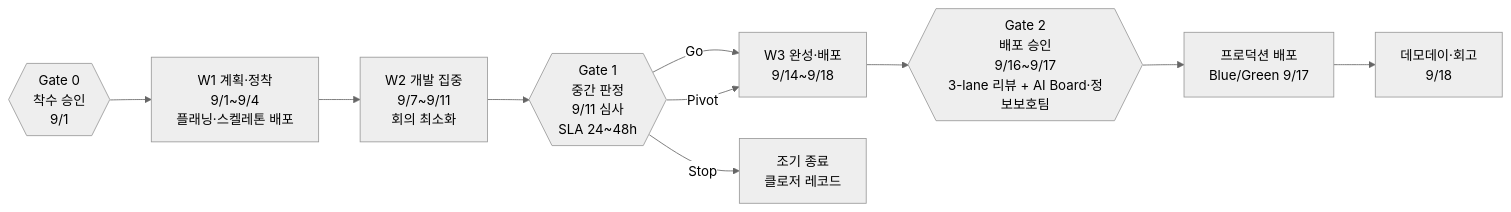
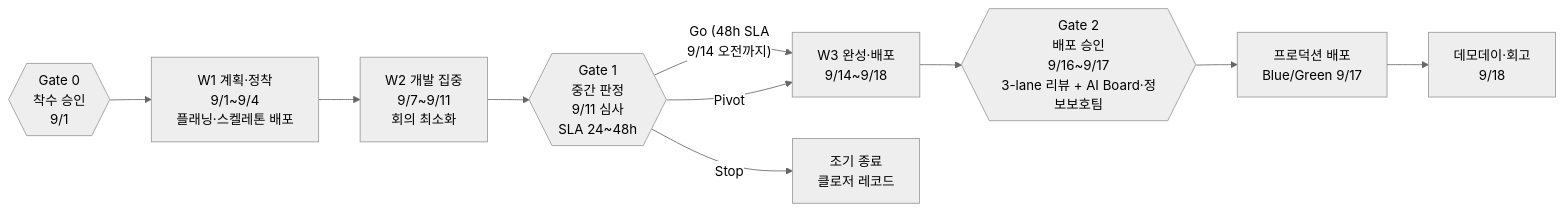
The first of 2 diagrams in fab/AIFAB_3주_스프린트_운영시간표_실무_v1-0.md (JaewooShin80/AIFAB-PMO), drawn with Mermaid (neutral theme) before and after one commit. The commit also changed other lines of this file and 18 other files, not shown here.

````diff
--- a/fab/AIFAB_3주_스프린트_운영시간표_실무_v1-0.md
+++ b/fab/AIFAB_3주_스프린트_운영시간표_실무_v1-0.md
@@ -11,12 +11,12 @@
 ```mermaid
 flowchart LR
     G0{{"Gate 0<br/>착수 승인<br/>9/1"}} --> W1["W1 계획·정착<br/>9/1~9/4<br/>플래닝·스켈레톤 배포"]
     W1 --> W2["W2 개발 집중<br/>9/7~9/11<br/>회의 최소화"]
     W2 --> G1{{"Gate 1<br/>중간 판정<br/>9/11 심사<br/>SLA 24~48h"}}
-    G1 -->|Go| W3["W3 완성·배포<br/>9/14~9/18"]
+    G1 -->|"Go (48h SLA<br/>9/14 오전까지)"| W3["W3 완성·배포<br/>9/14~9/18"]
     G1 -->|Pivot| W3
     G1 -->|Stop| X["조기 종료<br/>클로저 레코드"]
     W3 --> G2{{"Gate 2<br/>배포 승인<br/>9/16~9/17<br/>3-lane 리뷰 + AI Board·정보보호팀"}}
     G2 --> D["프로덕션 배포<br/>Blue/Green 9/17"]
     D --> DD["데모데이·회고<br/>9/18"]
 ```
````
